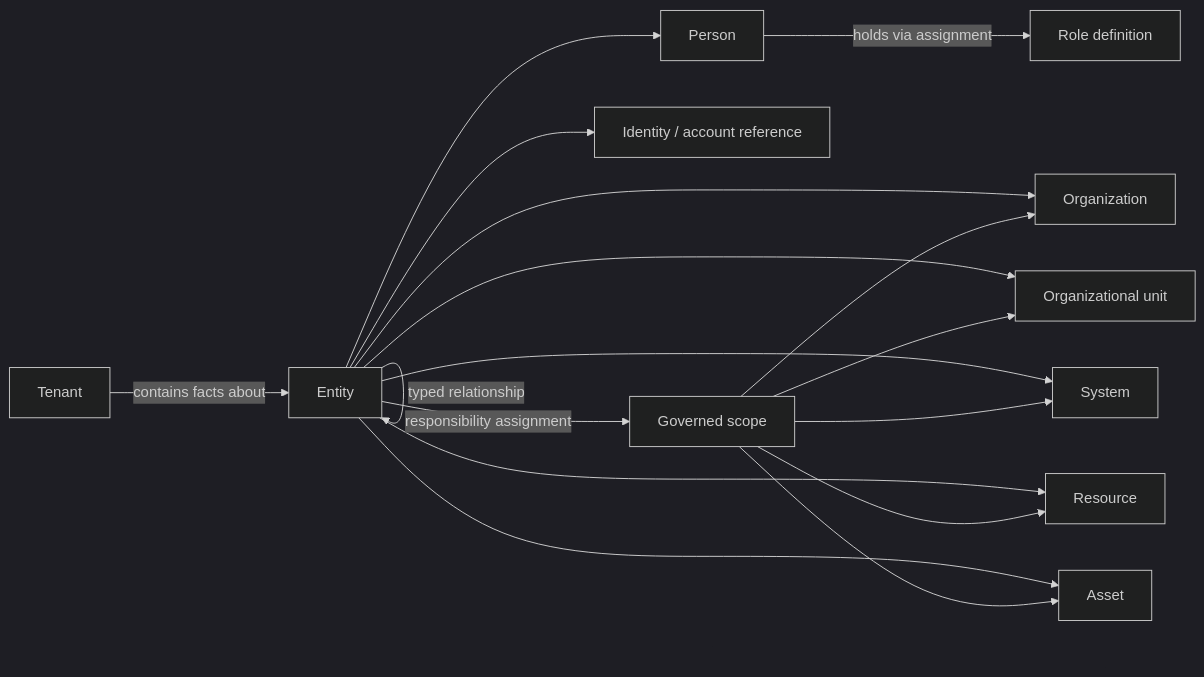
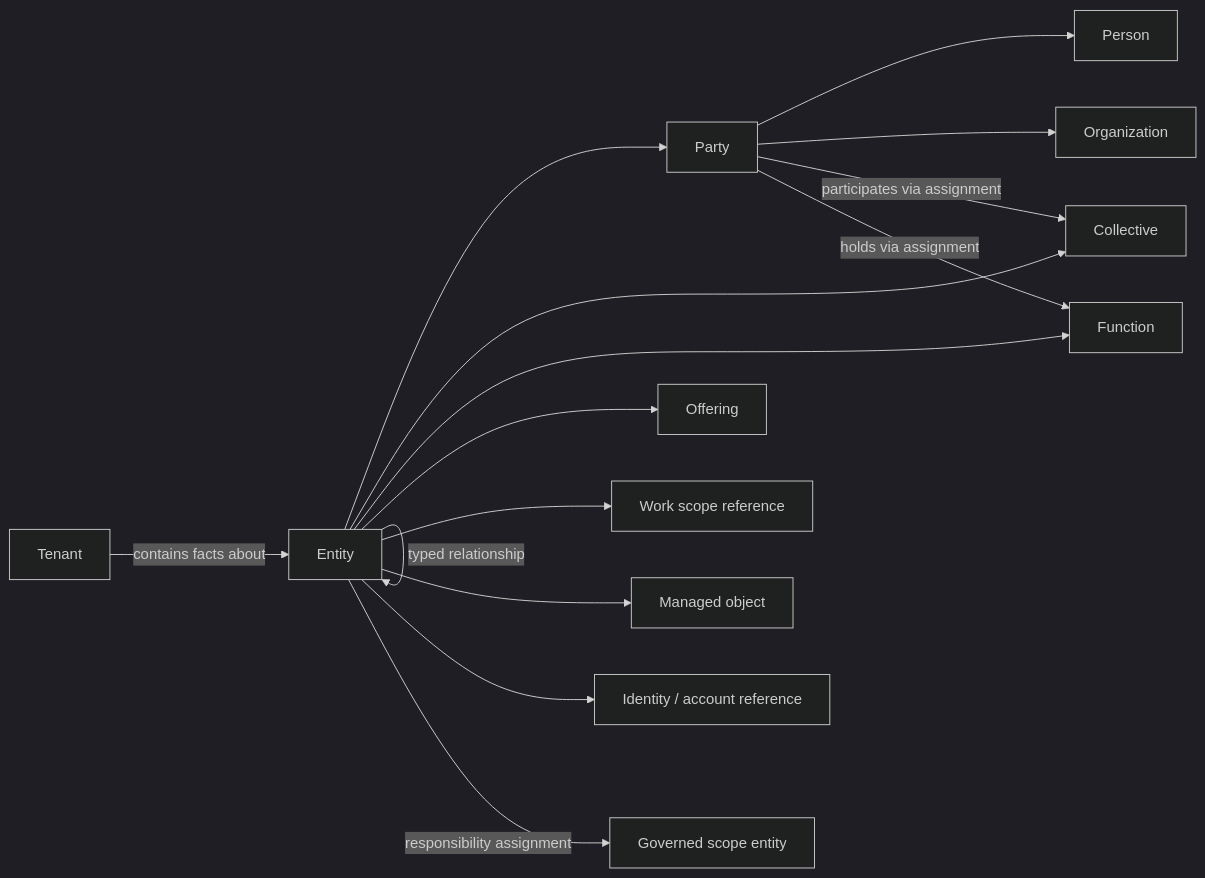
One commit to vmatsukatov/ai-tranfomration-snigle changed the diagram in docs/architecture/components/company-structure-ontology/Company Structure & Ontology — Component Charter.md. Above: the diagram before and after it, drawn with Mermaid (dark theme). The commit also changed other lines of this file, not shown here.

````diff
--- a/docs/architecture/components/company-structure-ontology/Company Structure & Ontology — Component Charter.md
+++ b/docs/architecture/components/company-structure-ontology/Company Structure & Ontology — Component Charter.md
@@ -108,19 +116,17 @@
 ```mermaid
 flowchart LR
     T[Tenant] -->|contains facts about| E[Entity]
-    E --> P[Person]
-    E --> O[Organization]
-    E --> U[Organizational unit]
-    E --> S[System]
-    E --> R[Resource]
-    E --> A[Asset]
+    E --> P[Party]
+    P --> N[Person]
+    P --> O[Organization]
+    E --> C[Collective]
+    E --> F[Function]
+    E --> G[Offering]
+    E --> W[Work scope reference]
+    E --> M[Managed object]
     E --> I[Identity / account reference]
-    P -->|holds via assignment| D[Role definition]
+    P -->|participates via assignment| C
+    P -->|holds via assignment| F
     E -->|typed relationship| E
-    E -->|responsibility assignment| X[Governed scope]
-    X --> U
-    X --> S
-    X --> R
-    X --> A
-    X --> O
+    E -->|responsibility assignment| X[Governed scope entity]
 ```
````
